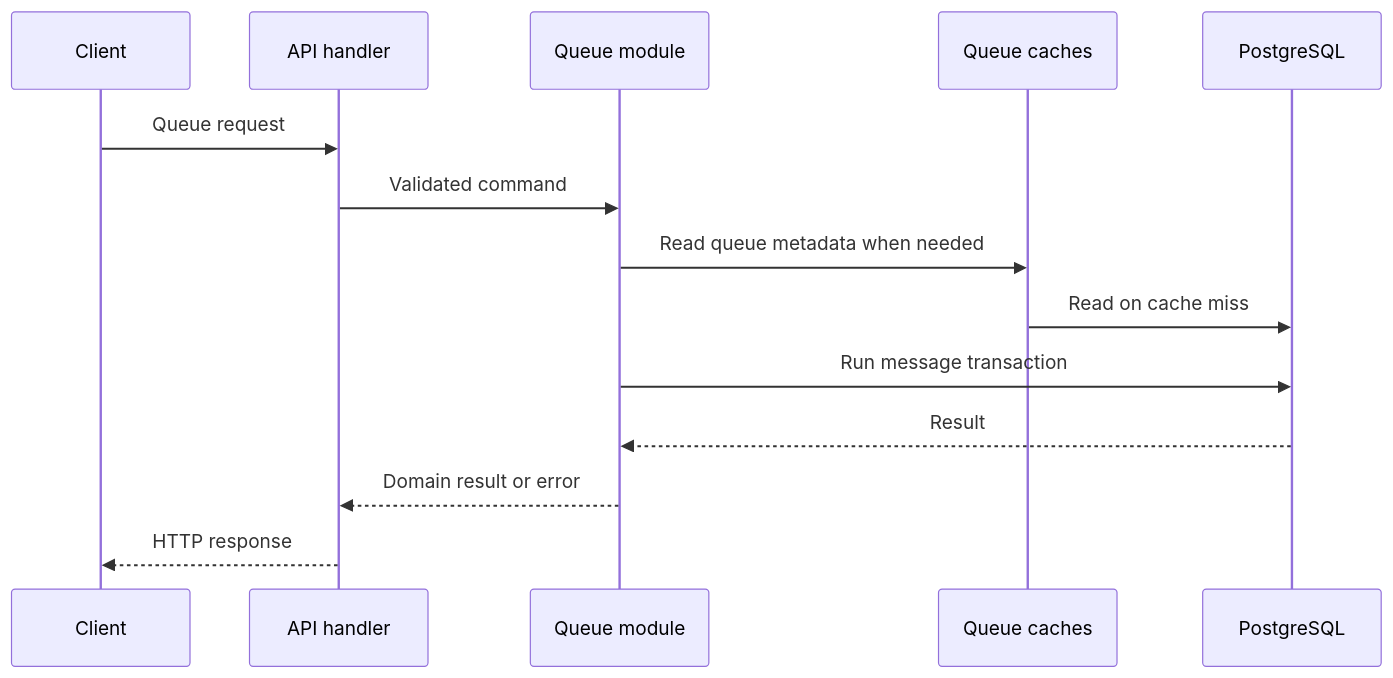
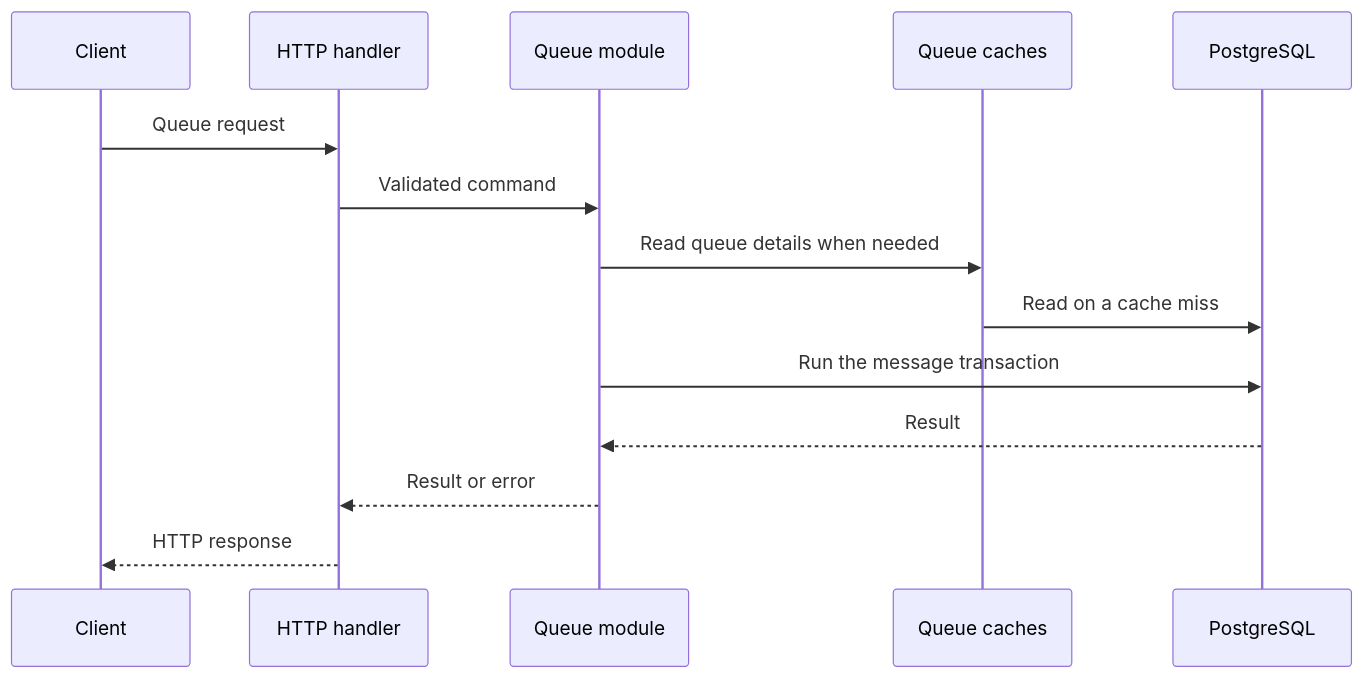
Before and after one commit to karanbalani/retsu: the fourth of 4 diagrams in docs/architecture.md, drawn with Mermaid. The commit also changed other lines of this file and 14 other files, not shown here.

````diff
--- a/docs/architecture.md
+++ b/docs/architecture.md
@@ -61,17 +110,17 @@
 ```mermaid
 sequenceDiagram
     participant Client
-    participant HTTP as API handler
+    participant HTTP as HTTP handler
     participant Queue as Queue module
     participant Cache as Queue caches
     participant DB as PostgreSQL
 
     Client->>HTTP: Queue request
     HTTP->>Queue: Validated command
-    Queue->>Cache: Read queue metadata when needed
-    Cache->>DB: Read on cache miss
-    Queue->>DB: Run message transaction
+    Queue->>Cache: Read queue details when needed
+    Cache->>DB: Read on a cache miss
+    Queue->>DB: Run the message transaction
     DB-->>Queue: Result
-    Queue-->>HTTP: Domain result or error
+    Queue-->>HTTP: Result or error
     HTTP-->>Client: HTTP response
 ```
````
